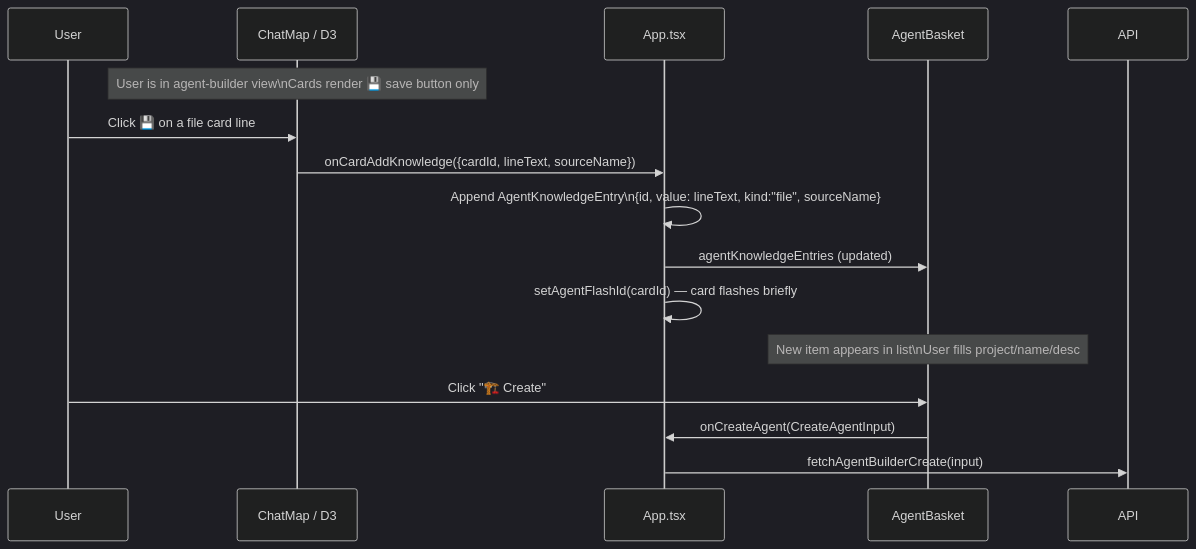
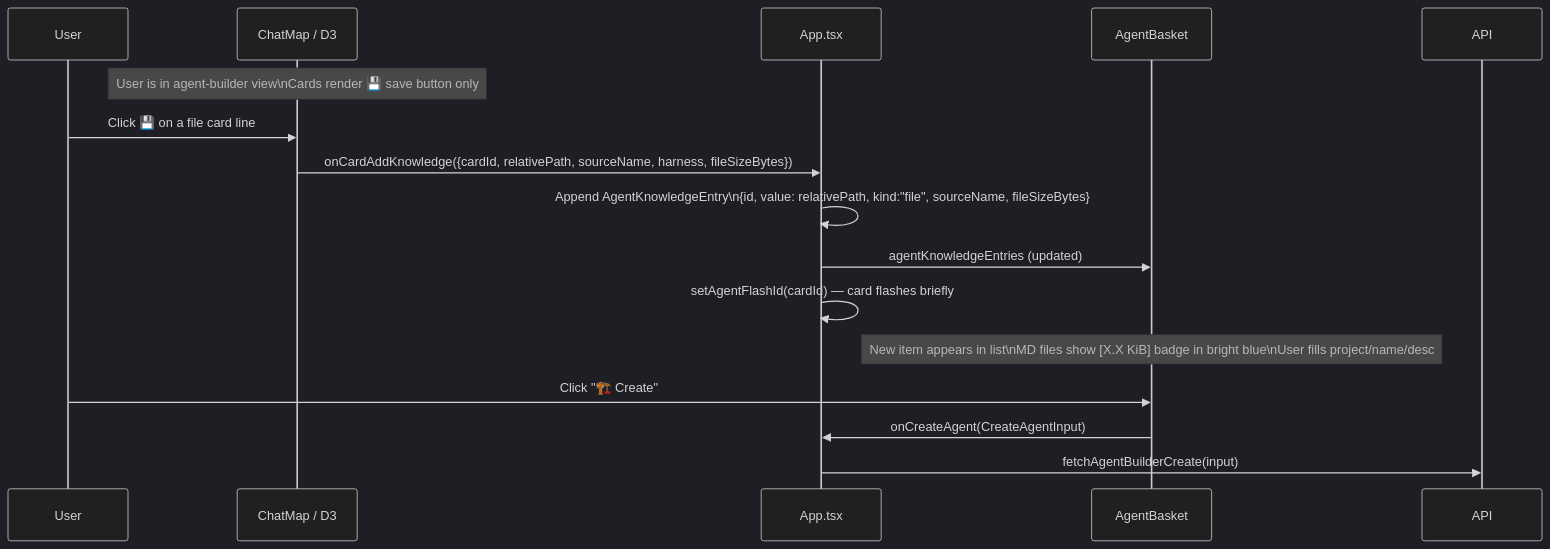
The ninth of 11 diagrams in visualizer/zz-reach2/architecture/agents/archi-agent-builder-ui.md (Kyliathy/context-core), drawn with Mermaid (dark theme) before and after one commit. The commit also changed other lines of this file and 14 other files, not shown here.

First line of the commit message:
feat(agent-builder): add knowledge size indicators and removal confirmation

````diff
--- a/visualizer/zz-reach2/architecture/agents/archi-agent-builder-ui.md
+++ b/visualizer/zz-reach2/architecture/agents/archi-agent-builder-ui.md
@@ -420,18 +422,18 @@
 ```mermaid
 sequenceDiagram
     participant U as User
     participant CM as ChatMap / D3
     participant APP as App.tsx
     participant BASK as AgentBasket
 
     Note over CM: User is in agent-builder view\nCards render 💾 save button only
     U->>CM: Click 💾 on a file card line
-    CM->>APP: onCardAddKnowledge({cardId, lineText, sourceName})
-    APP->>APP: Append AgentKnowledgeEntry\n{id, value: lineText, kind:"file", sourceName}
+    CM->>APP: onCardAddKnowledge({cardId, relativePath, sourceName, harness, fileSizeBytes})
+    APP->>APP: Append AgentKnowledgeEntry\n{id, value: relativePath, kind:"file", sourceName, fileSizeBytes}
     APP->>BASK: agentKnowledgeEntries (updated)
     APP->>APP: setAgentFlashId(cardId) — card flashes briefly
-    Note over BASK: New item appears in list\nUser fills project/name/desc
+    Note over BASK: New item appears in list\nMD files show [X.X KiB] badge in bright blue\nUser fills project/name/desc
     U->>BASK: Click "🏗️ Create"
     BASK->>APP: onCreateAgent(CreateAgentInput)
     APP->>API: fetchAgentBuilderCreate(input)
 ```
````
